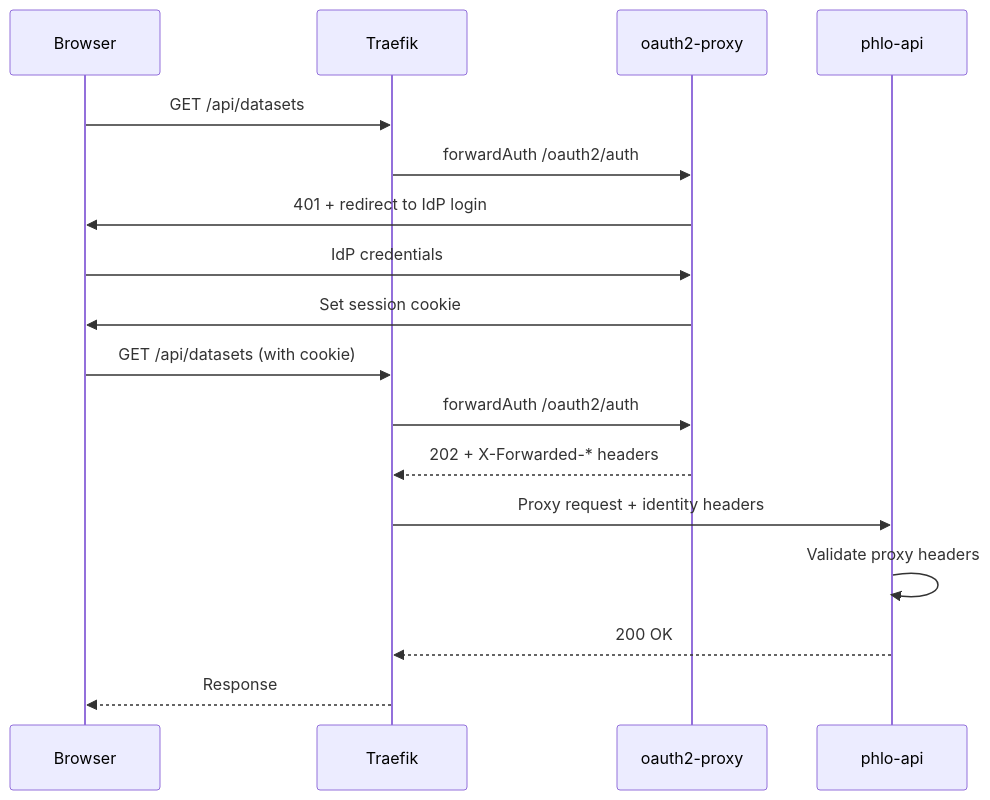
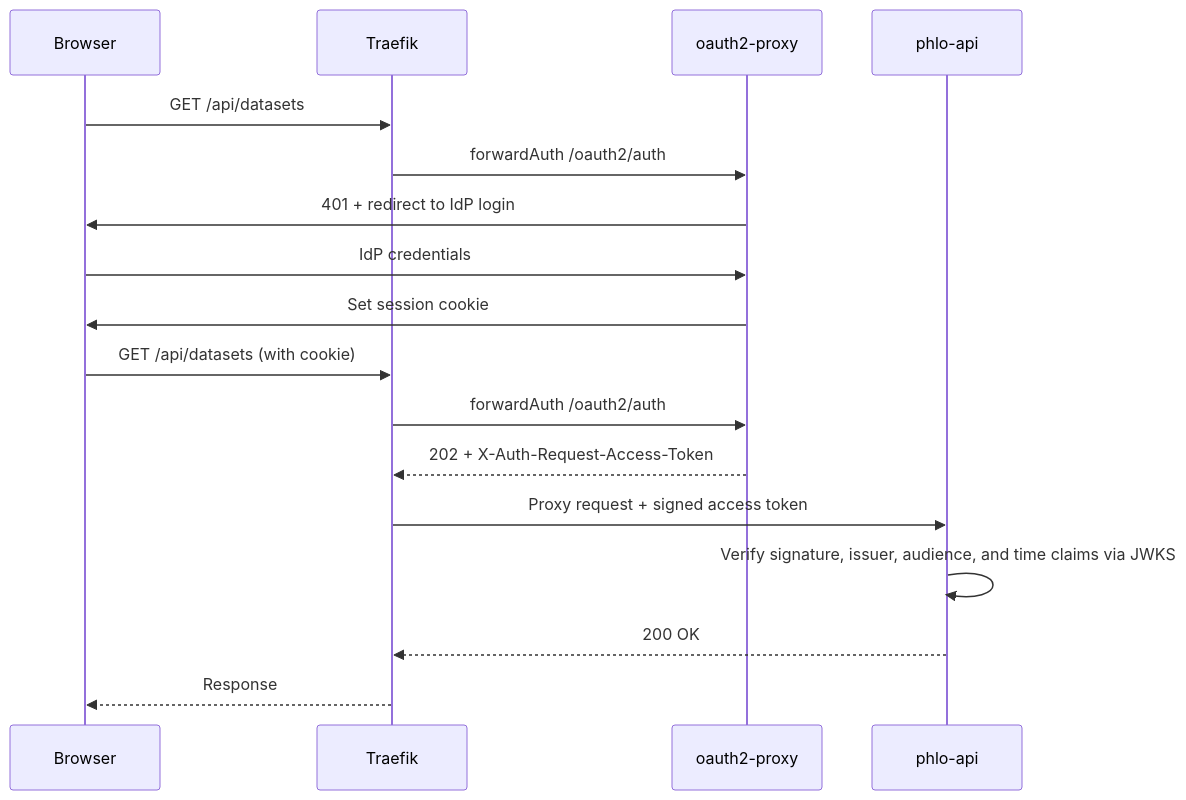
The second of 2 diagrams in docs/reference/auth-and-access.md (phlohouse/phlo), drawn with Mermaid before and after one commit. The commit also changed other lines of this file and 17 other files, not shown here.

Commit message:
feat(auth): add OIDC authentication with oauth2-proxy

````diff
--- a/docs/reference/auth-and-access.md
+++ b/docs/reference/auth-and-access.md
@@ -140,20 +163,20 @@
 ```mermaid
 sequenceDiagram
     participant Browser
     participant Traefik
     participant oauth2-proxy
     participant phlo-api
 
     Browser->>Traefik: GET /api/datasets
     Traefik->>oauth2-proxy: forwardAuth /oauth2/auth
     oauth2-proxy->>Browser: 401 + redirect to IdP login
     Browser->>oauth2-proxy: IdP credentials
     oauth2-proxy->>Browser: Set session cookie
     Browser->>Traefik: GET /api/datasets (with cookie)
     Traefik->>oauth2-proxy: forwardAuth /oauth2/auth
-    oauth2-proxy-->>Traefik: 202 + X-Forwarded-* headers
-    Traefik->>phlo-api: Proxy request + identity headers
-    phlo-api->>phlo-api: Validate proxy headers
+    oauth2-proxy-->>Traefik: 202 + X-Auth-Request-Access-Token
+    Traefik->>phlo-api: Proxy request + signed access token
+    phlo-api->>phlo-api: Verify signature, issuer, audience, and time claims via JWKS
     phlo-api-->>Traefik: 200 OK
     Traefik-->>Browser: Response
 ```
````
